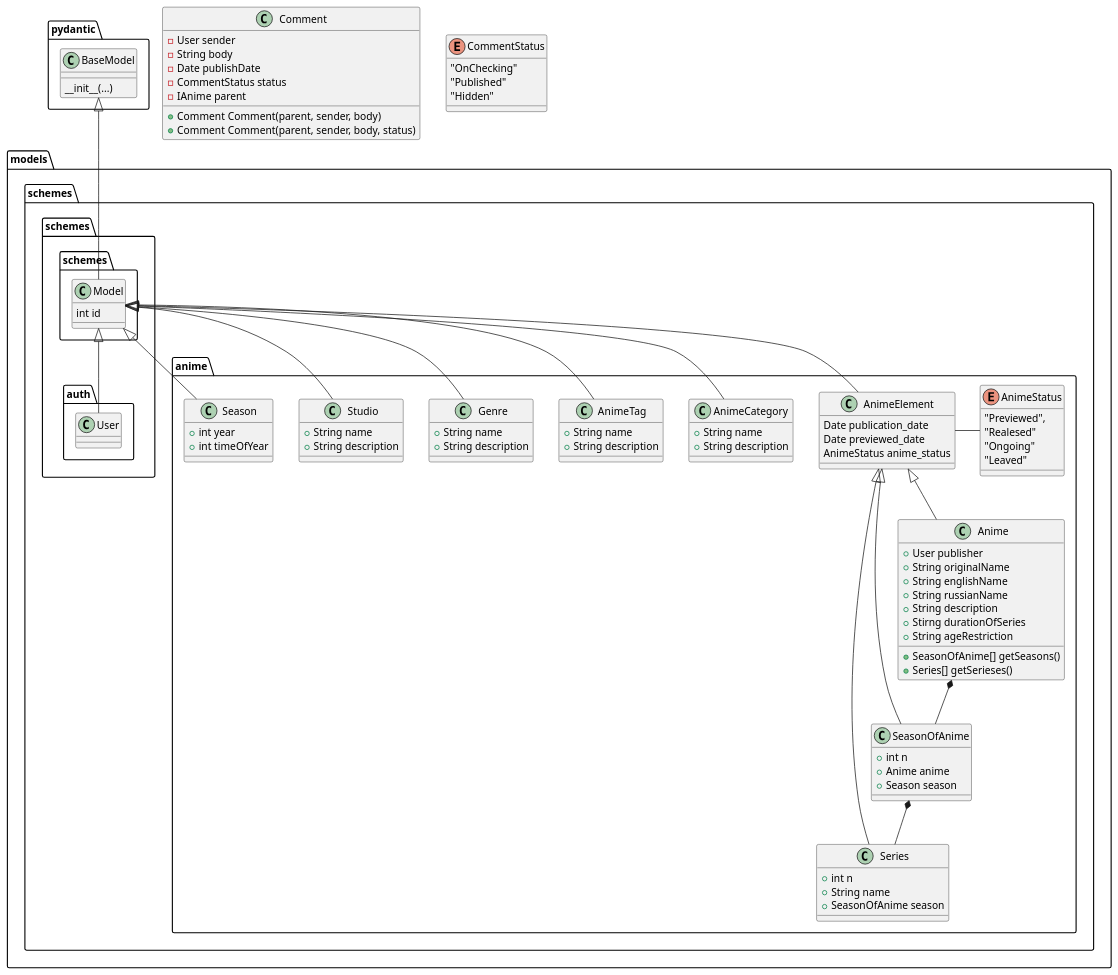
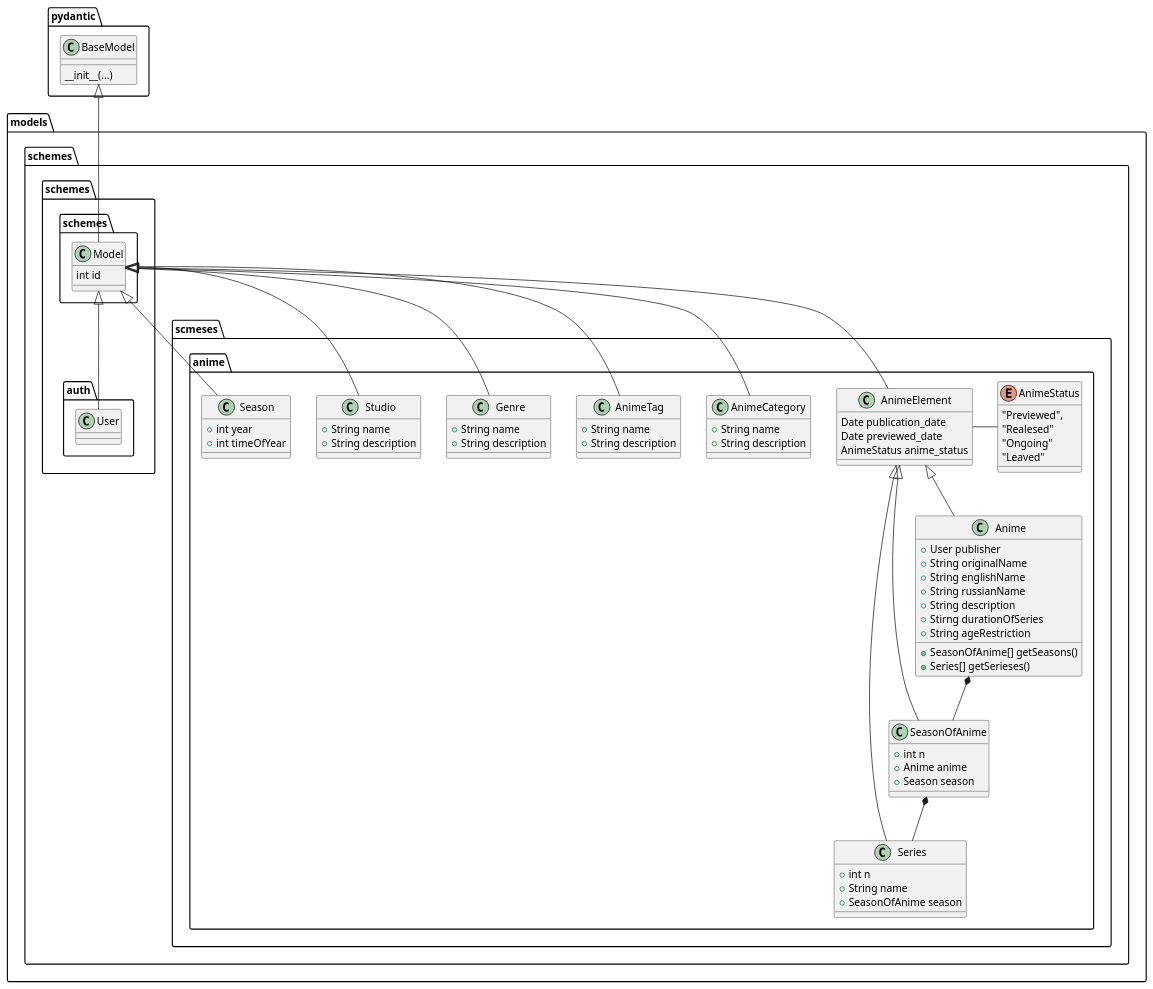
Before and after one commit to undiscoveredWorld/animeWatch: the diagram in docs/diagrams/classes.plantuml, drawn with PlantUML.

Commit message:
Actualized docs

```diff
--- a/docs/diagrams/classes.plantuml
+++ b/docs/diagrams/classes.plantuml
@@ -1,134 +1,110 @@
 @startuml class
 
 package pydantic {
     class BaseModel {
         __init__(...)
     }
 }
 
 package models {
     package schemes {
         package schemes.schemes {
             class Model {
                 int id
             }
 
             BaseModel <|-- Model
         }
 
         package schemes.auth {
             class User {
 
             }
 
             Model <|-- User
         }
 
-        package anime {
+        package scmeses.anime {
             class AnimeElement {
                 Date publication_date
                 Date previewed_date
                 AnimeStatus anime_status
             }
 
             class Series {
                 + int n
                 + String name
                 + SeasonOfAnime season
             }
 
             class SeasonOfAnime {
                 + int n
                 + Anime anime
                 + Season season
             }
 
             class Anime {
                 + User publisher
                 + String originalName
                 + String englishName
                 + String russianName
                 + String description
                 + Stirng durationOfSeries
                 + String ageRestriction
                 
                 + SeasonOfAnime[] getSeasons()
                 + Series[] getSerieses()
             }
 
             class AnimeCategory {
                 + String name
                 + String description
             }
 
             class AnimeTag {
                 + String name
                 + String description
             }
 
             class Genre {
                 + String name
                 + String description
             }
 
             class Studio {
                 + String name
                 + String description
             }
 
             class Season {
                 + int year
                 + int timeOfYear
             }
 
             enum AnimeStatus {
                 "Previewed",
                 "Realesed"
                 "Ongoing"
                 "Leaved"
             }
 
             Model <|-- AnimeElement
             Model <|-- AnimeCategory
             Model <|-- AnimeTag
             Model <|-- Genre
             Model <|-- Studio
             Model <|-- Season
 
             AnimeElement <|-- Series
             AnimeElement <|-- SeasonOfAnime
             AnimeElement <|-- Anime
 
             AnimeElement - AnimeStatus
 
             SeasonOfAnime *-- Series
             Anime *-- SeasonOfAnime
         }
     }
 }
 
-
-
-
-
-
-
-class Comment {
-    - User sender
-    - String body
-    - Date publishDate
-    - CommentStatus status
-    - IAnime parent
-
-    + Comment Comment(parent, sender, body)
-    + Comment Comment(parent, sender, body, status)
-
-}
-
-enum CommentStatus {
-    "OnChecking"
-    "Published"
-    "Hidden"
-}
-
 @enduml
```
